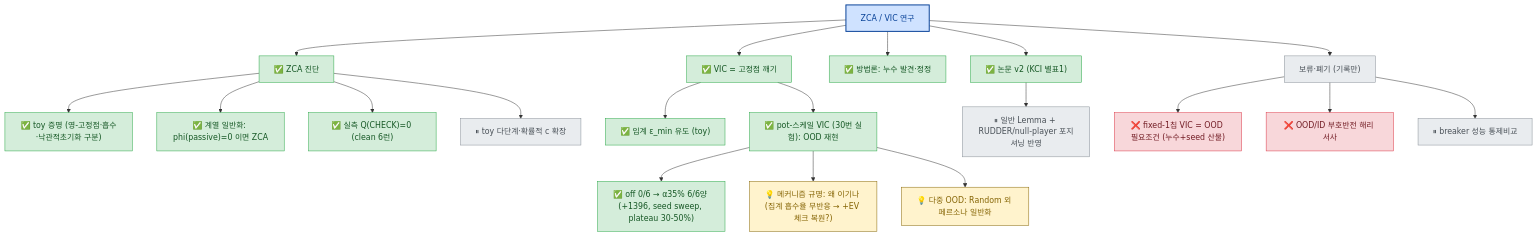
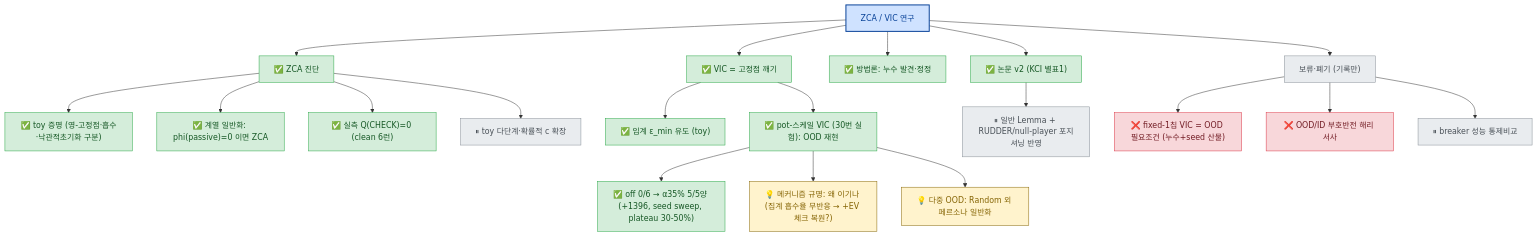
Before and after one commit to ruby9915/20260530_holdem: the diagram in zca_theory/후속연구.md, drawn with Mermaid. The commit also changed other lines of this file and 11 other files, not shown here.

````diff
--- a/zca_theory/후속연구.md
+++ b/zca_theory/후속연구.md
@@ -17,39 +17,39 @@
 ```mermaid
 flowchart TD
     R["ZCA / VIC 연구"]
     R --> DIAG["✅ ZCA 진단"]
     R --> VIC["✅ VIC = 고정점 깨기"]
     R --> METH["✅ 방법론: 누수 발견·정정"]
     R --> PAPER["✅ 논문 v2 (KCI 별표1)"]
     R --> PARK["보류·폐기 (기록만)"]
 
     DIAG --> PROOF["✅ toy 증명 (영-고정점·흡수·낙관적초기화 구분)"]
     DIAG --> FAM["✅ 계열 일반화: phi(passive)=0 이면 ZCA"]
     DIAG --> MEAS["✅ 실측 Q(CHECK)=0 (clean 6런)"]
     DIAG --> MULTI["⏸ toy 다단계·확률적 c 확장"]
 
     VIC --> THR["✅ 임계 ε_min 유도 (toy)"]
     VIC --> POT["✅ pot-스케일 VIC (30번 실험): OOD 재현"]
-    POT --> POTR["✅ off 0/6 → α35% 6/6양 (+1396, seed sweep, plateau 30-50%)"]
+    POT --> POTR["✅ off 0/6 → α35% 5/5양 (+1396, seed sweep, plateau 30-50%)"]
     POT --> N1["💡 메커니즘 규명: 왜 이기나 (집계 흡수율 무반응 → +EV 체크 복원?)"]
     POT --> N2["💡 다중 OOD: Random 외 페르소나 일반화"]
 
     PAPER --> POS["⏸ 일반 Lemma + RUDDER/null-player 포지셔닝 반영"]
 
     PARK --> X1["❌ fixed-1칩 VIC = OOD 필요조건 (누수+seed 산물)"]
     PARK --> X2["❌ OOD/ID 부호반전 해리 서사"]
     PARK --> X3["⏸ breaker 성능 통제비교"]
 
     classDef done fill:#d4edda,stroke:#28a745,color:#155724;
     classDef active fill:#cce5ff,stroke:#0066cc,color:#004085,stroke-width:3px;
     classDef idea fill:#fff3cd,stroke:#856404,color:#856404;
     classDef parked fill:#e9ecef,stroke:#868e96,color:#495057;
     classDef dead fill:#f8d7da,stroke:#dc3545,color:#721c24;
     classDef root fill:#cfe2ff,stroke:#084298,color:#084298,stroke-width:2px;
 
     class R root;
     class DIAG,VIC,METH,PAPER,PROOF,FAM,MEAS,THR,POT,POTR done;
     class N1,N2 idea;
     class MULTI,POS,X3,PARK parked;
     class X1,X2 dead;
 ```
````
